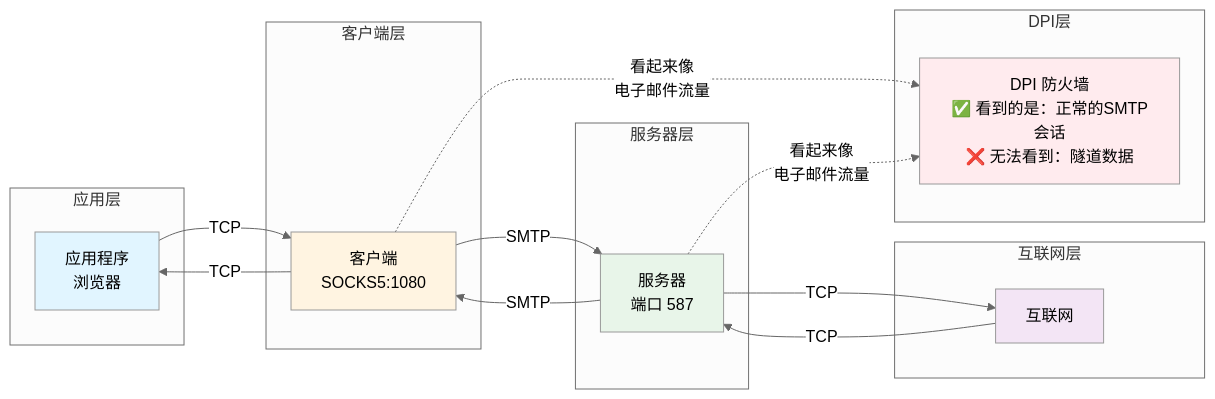
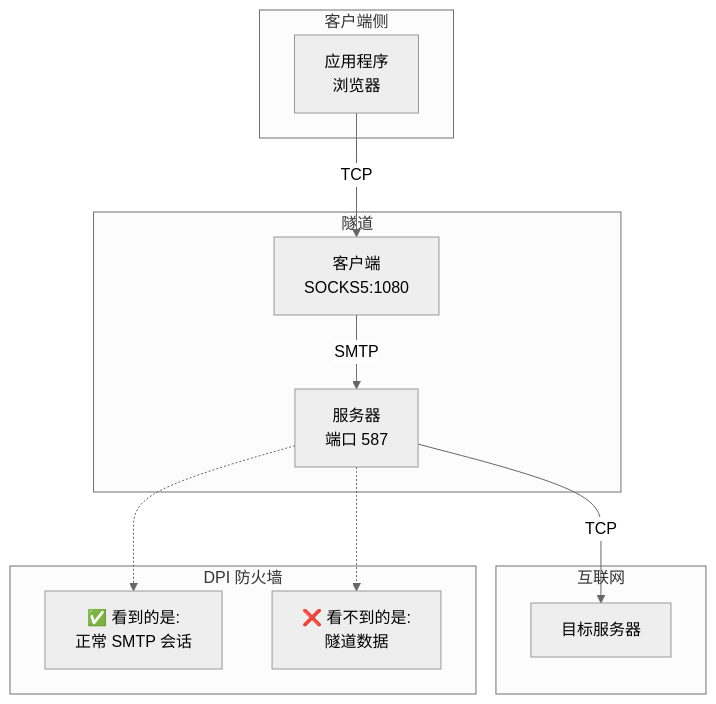
Before and after one commit to purpose168/smtp-tunnel-proxy: the diagram in README.md, drawn with Mermaid (neutral theme). The commit also changed other lines of this file and 83 other files, not shown here.

````diff
--- a/README.md
+++ b/README.md
@@ -5,38 +5,27 @@
 ```mermaid
-graph LR
-    subgraph 应用层
+flowchart TD
+    subgraph ClientSide [客户端侧]
         A[应用程序<br/>浏览器]
     end
-    
-    subgraph 客户端层
+
+    subgraph Tunnel [隧道]
         B[客户端<br/>SOCKS5:1080]
-    end
-    
-    subgraph 服务器层
         C[服务器<br/>端口 587]
     end
-    
-    subgraph 互联网层
-        D[互联网]
+
+    subgraph Internet [互联网]
+        D[目标服务器]
     end
-    
-    subgraph DPI层
-        E[DPI 防火墙<br/>✅ 看到的是：正常的SMTP会话<br/>❌ 无法看到：隧道数据]
-    end
-    
+
     A -- TCP --> B
     B -- SMTP --> C
     C -- TCP --> D
-    D -- TCP --> C
-    C -- SMTP --> B
-    B -- TCP --> A
-    
-    B -. 看起来像<br/>电子邮件流量 .-> E
-    C -. 看起来像<br/>电子邮件流量 .-> E
-    
-    style A fill:#e1f5ff
-    style B fill:#fff4e1
-    style C fill:#e8f5e9
-    style D fill:#f3e5f5
-    style E fill:#ffebee
+
+    subgraph DPI [DPI 防火墙]
+        E[✅ 看到的是:<br/>正常 SMTP 会话]
+        F[❌ 看不到的是:<br/>隧道数据]
+    end
+
+    C -.-> E
+    C -.-> F
 ```
````
